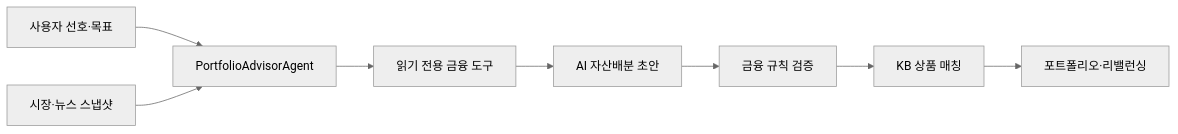
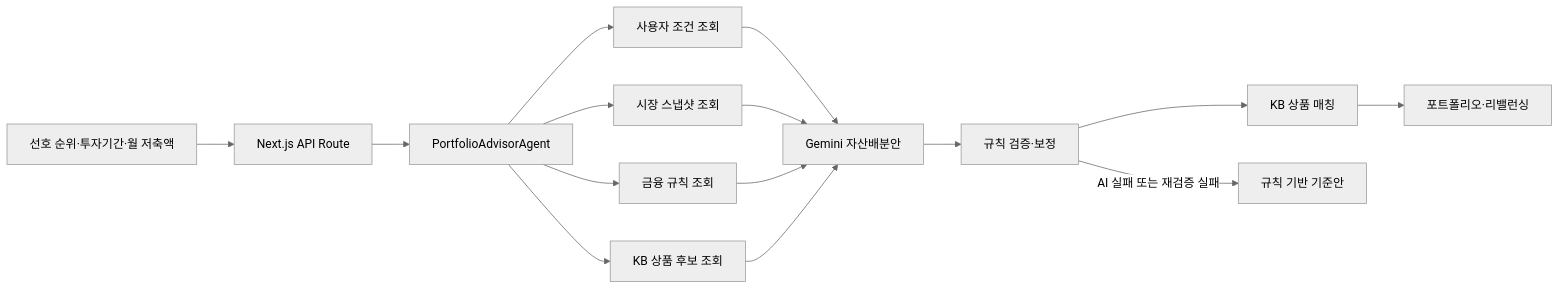
The diagram in README.md (byabbya/KB_child_wealth), drawn with Mermaid (neutral theme) before and after one commit. The commit also changed other lines of this file, not shown here.

````diff
--- a/README.md
+++ b/README.md
@@ -24,10 +29,17 @@
 ```mermaid
 flowchart LR
-    Input["사용자 선호·목표"] --> Agent["PortfolioAdvisorAgent"]
-    Snapshot["시장·뉴스 스냅샷"] --> Agent
-    Agent --> Tools["읽기 전용 금융 도구"]
-    Tools --> Draft["AI 자산배분 초안"]
-    Draft --> Validator["금융 규칙 검증"]
-    Validator --> Match["KB 상품 매칭"]
+    Input["선호 순위·투자기간·월 저축액"] --> API["Next.js API Route"]
+    API --> Agent["PortfolioAdvisorAgent"]
+    Agent --> UserFacts["사용자 조건 조회"]
+    Agent --> MarketFacts["시장 스냅샷 조회"]
+    Agent --> PolicyFacts["금융 규칙 조회"]
+    Agent --> Products["KB 상품 후보 조회"]
+    UserFacts --> Draft["Gemini 자산배분안"]
+    MarketFacts --> Draft
+    PolicyFacts --> Draft
+    Products --> Draft
+    Draft --> Validate["규칙 검증·보정"]
+    Validate --> Match["KB 상품 매칭"]
     Match --> Result["포트폴리오·리밸런싱"]
+    Validate -->|AI 실패 또는 재검증 실패| Fallback["규칙 기반 기준안"]
 ```
````
